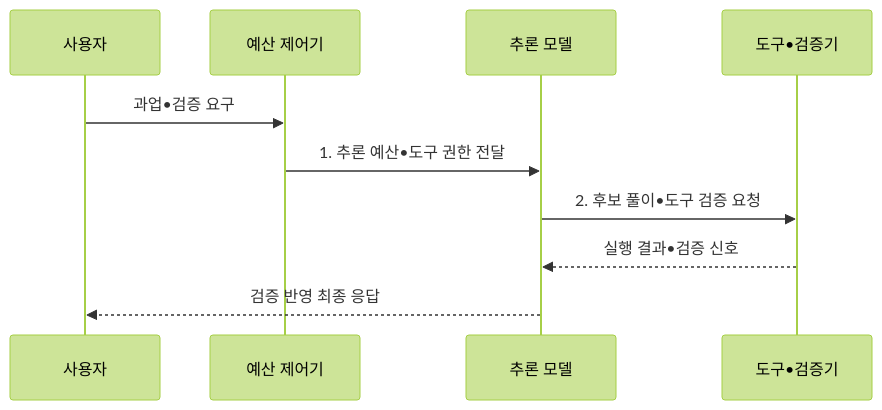
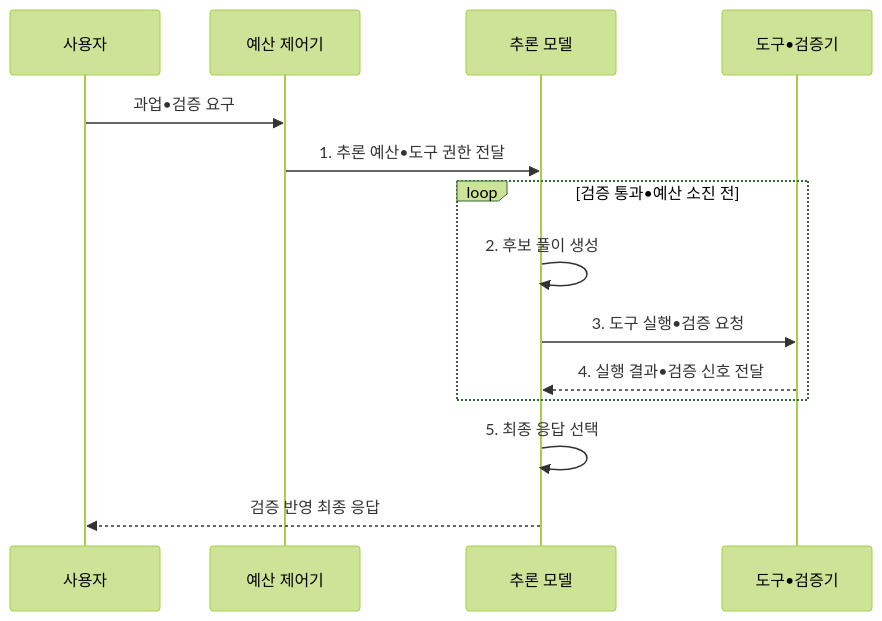
One commit to agnusdei1207/knowledge-base changed the second of 2 diagrams in src/content/docs/notes/08-latest-tech/041_reasoning_llm.md. Above: the diagram before and after it, drawn with Mermaid (forest theme). The commit also changed other lines of this file and 15 other files, not shown here.

````diff
--- a/src/content/docs/notes/08-latest-tech/041_reasoning_llm.md
+++ b/src/content/docs/notes/08-latest-tech/041_reasoning_llm.md
@@ -104,12 +104,16 @@
 ```mermaid
 sequenceDiagram
     participant U as 사용자
     participant C as 예산 제어기
     participant M as 추론 모델
     participant V as 도구•검증기
     U->>C: 과업•검증 요구
     C->>M: 1. 추론 예산•도구 권한 전달
-    M->>V: 2. 후보 풀이•도구 검증 요청
-    V-->>M: 실행 결과•검증 신호
+    loop 검증 통과•예산 소진 전
+        M->>M: 2. 후보 풀이 생성
+        M->>V: 3. 도구 실행•검증 요청
+        V-->>M: 4. 실행 결과•검증 신호 전달
+    end
+    M->>M: 5. 최종 응답 선택
     M-->>U: 검증 반영 최종 응답
 ```
````
